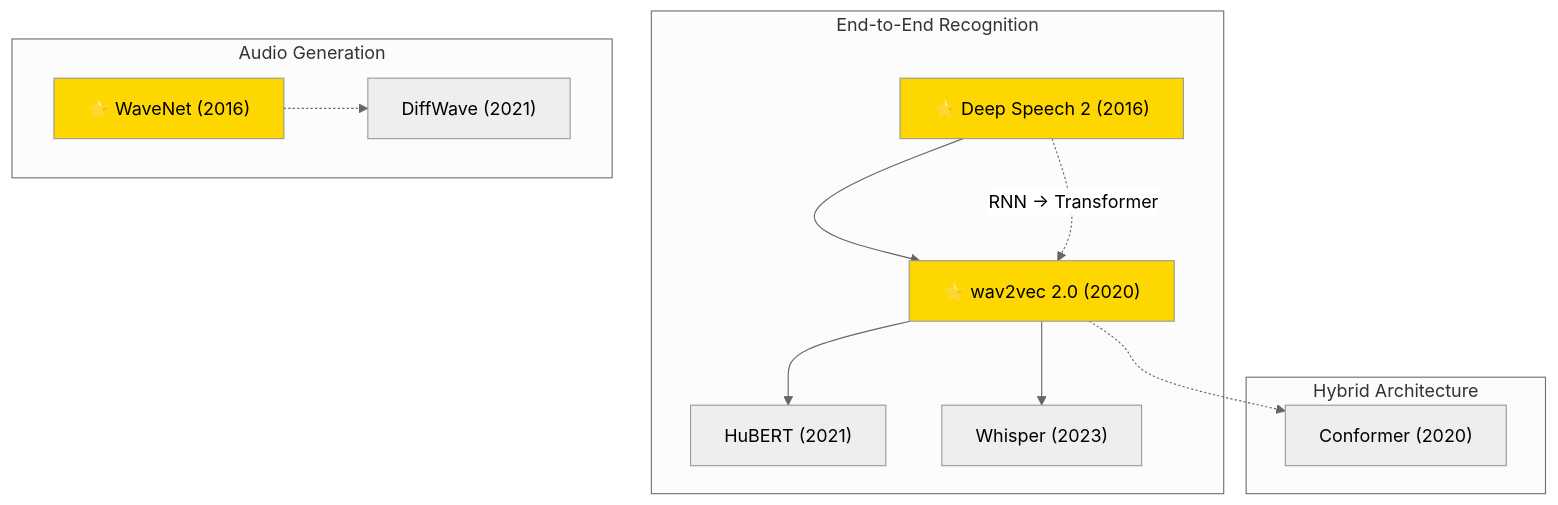
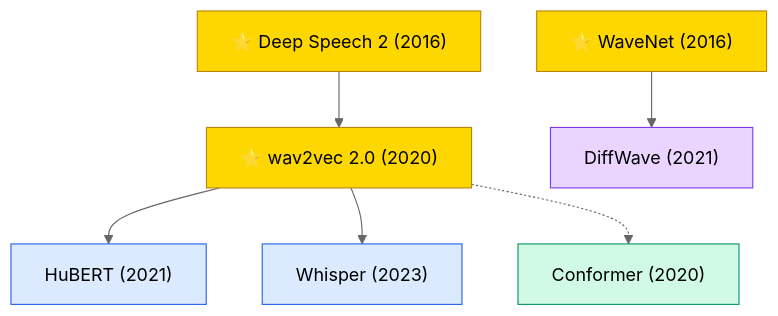
One commit to zerenzhou/Awesome-Machine-Learning-Papers changed the diagram in domains/speech/README.md. Above: the diagram before and after it, drawn with Mermaid (neutral theme). The commit also changed other lines of this file and 14 other files, not shown here.

````diff
--- a/domains/speech/README.md
+++ b/domains/speech/README.md
@@ -7,25 +7,14 @@
 ```mermaid
 graph TD
-    subgraph End-to-End Recognition
-        DeepSpeech["⭐ Deep Speech 2 (2016)"]
-        DeepSpeech --> wav2vec["⭐ wav2vec 2.0 (2020)"]
-        wav2vec --> HuBERT["HuBERT (2021)"]
-        wav2vec --> Whisper["Whisper (2023)"]
-    end
+    classDef e2e fill:#DBEAFE,stroke:#2563EB
+    classDef hybrid fill:#D1FAE5,stroke:#059669
+    classDef gen fill:#E9D5FF,stroke:#7C3AED
+    classDef star fill:#FFD700,stroke:#B8860B
 
-    subgraph Hybrid Architecture
-        Conformer["Conformer (2020)"]
-        wav2vec -.-> Conformer
-    end
+    DeepSpeech["⭐ Deep Speech 2 (2016)"]:::star --> wav2vec["⭐ wav2vec 2.0 (2020)"]:::star
+    wav2vec --> HuBERT["HuBERT (2021)"]:::e2e
+    wav2vec --> Whisper["Whisper (2023)"]:::e2e
+    wav2vec -.-> Conformer["Conformer (2020)"]:::hybrid
 
-    subgraph Audio Generation
-        WaveNet["⭐ WaveNet (2016)"]
-        WaveNet -.-> DiffWave["DiffWave (2021)"]
-    end
-
-    DeepSpeech -.->|"RNN → Transformer"| wav2vec
-
-    style DeepSpeech fill:#FFD700
-    style WaveNet fill:#FFD700
-    style wav2vec fill:#FFD700
+    WaveNet["⭐ WaveNet (2016)"]:::star --> DiffWave["DiffWave (2021)"]:::gen
 ```
````
